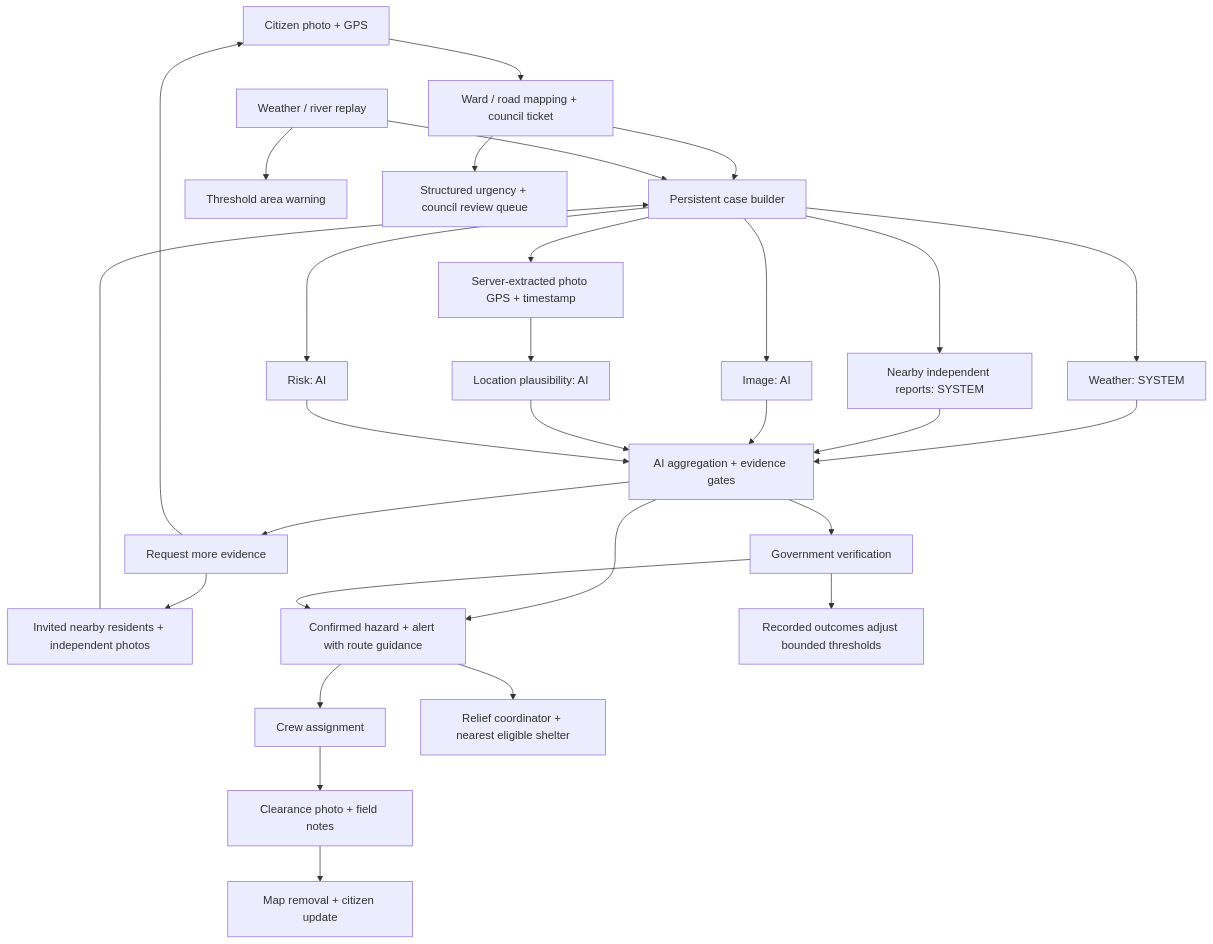
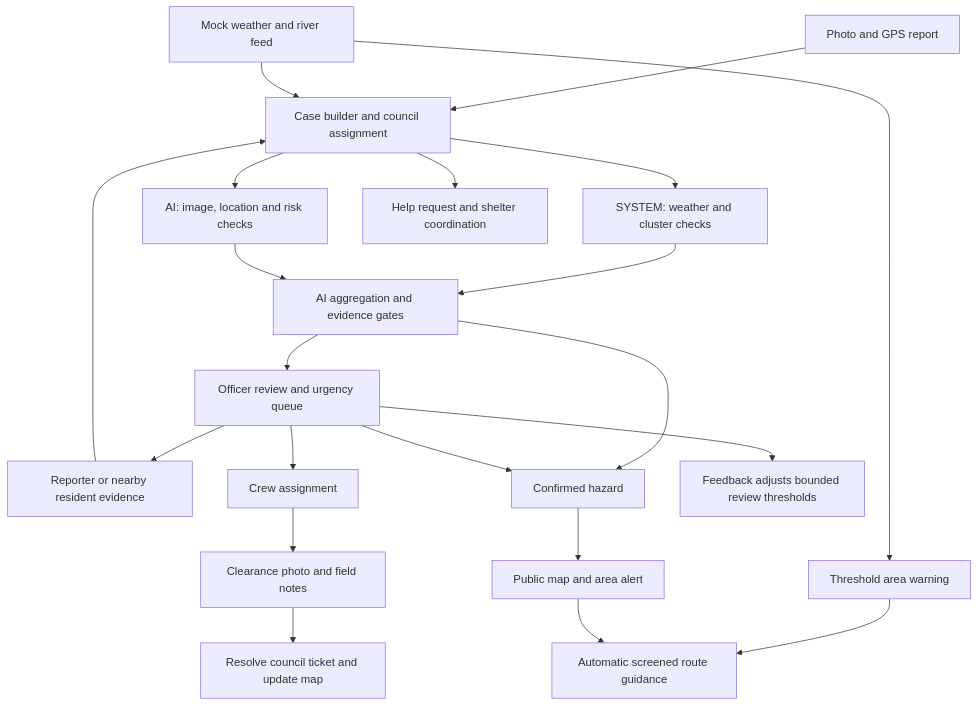
The diagram in README.md (sahas-eashan/CrysisConnect-CodeArena26), drawn with Mermaid before and after one commit. The commit also changed other lines of this file, not shown here.

````diff
--- a/README.md
+++ b/README.md
@@ -32,27 +48,22 @@
 ```mermaid
 flowchart TD
-  Citizen[Citizen photo + GPS] --> Geography[Ward / road mapping + council ticket]
-  Geography --> Case[Persistent case builder]
-  Feed[Weather / river replay] --> Case
+  Citizen[Photo and GPS report] --> Case[Case builder and council assignment]
+  Feed[Mock weather and river feed] --> Case
   Feed --> Warning[Threshold area warning]
-  Case --> Weather[Weather: SYSTEM]
-  Case --> Cluster[Nearby independent reports: SYSTEM]
-  Case --> Image[Image: AI]
-  Case --> Metadata[Server-extracted photo GPS + timestamp]
-  Metadata --> Location[Location plausibility: AI]
-  Case --> Risk[Risk: AI]
-  Weather & Cluster & Image & Location & Risk --> Verdict[AI aggregation + evidence gates]
-  Verdict --> More[Request more evidence]
-  More --> Citizen
-  More --> Neighbors[Invited nearby residents + independent photos]
-  Neighbors --> Case
-  Verdict --> Review[Government verification]
-  Verdict --> Map[Confirmed hazard + alert with route guidance]
-  Review --> Map
-  Map --> Crew[Crew assignment]
-  Crew --> Close[Clearance photo + field notes]
-  Close --> Update[Map removal + citizen update]
-  Review --> Feedback[Recorded outcomes adjust bounded thresholds]
-  Geography --> Priority[Structured urgency + council review queue]
-  Map --> Relief[Relief coordinator + nearest eligible shelter]
+  Case --> System[SYSTEM: weather and cluster checks]
+  Case --> AI[AI: image, location and risk checks]
+  System & AI --> Verdict[AI aggregation and evidence gates]
+  Verdict --> Review[Officer review and urgency queue]
+  Review --> More[Reporter or nearby resident evidence]
+  More --> Case
+  Verdict --> Confirmed[Confirmed hazard]
+  Review --> Confirmed
+  Confirmed --> Map[Public map and area alert]
+  Warning --> Routes[Automatic screened route guidance]
+  Map --> Routes
+  Review --> Crew[Crew assignment]
+  Case --> Relief[Help request and shelter coordination]
+  Crew --> Closure[Clearance photo and field notes]
+  Closure --> Update[Resolve council ticket and update map]
+  Review --> Feedback[Feedback adjusts bounded review thresholds]
 ```
````
